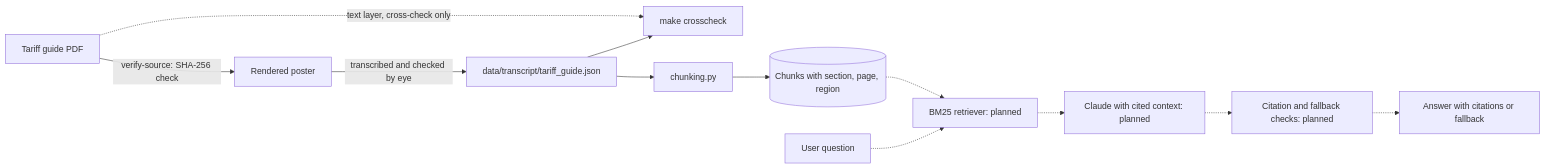
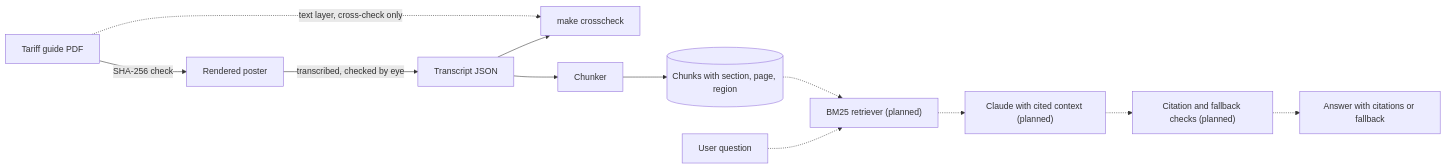
One commit to MoigeMatino/tariff-rag changed the diagram in README.md. Above: the diagram before and after it, drawn with Mermaid.

Commit message:
Fix README architecture diagram so Mermaid renders it
Quote every node and edge label; unquoted colons, slashes and dots in
labels broke the GitHub renderer.

````diff
--- a/README.md
+++ b/README.md
@@ -26,14 +26,14 @@
 ```mermaid
 flowchart LR
-    pdf[Tariff guide PDF] -->|verify-source: SHA-256 check| tiles[Rendered poster]
-    tiles -->|transcribed and checked by eye| transcript[data/transcript/tariff_guide.json]
-    pdf -.->|text layer, cross-check only| crosscheck[make crosscheck]
+    pdf["Tariff guide PDF"] -->|"SHA-256 check"| tiles["Rendered poster"]
+    tiles -->|"transcribed, checked by eye"| transcript["Transcript JSON"]
+    pdf -.->|"text layer, cross-check only"| crosscheck["make crosscheck"]
     transcript --> crosscheck
-    transcript --> chunker[chunking.py]
-    chunker --> chunks[(Chunks with section, page, region)]
-    chunks -.-> retriever[BM25 retriever: planned]
-    question[User question] -.-> retriever
-    retriever -.-> llm[Claude with cited context: planned]
-    llm -.-> checks[Citation and fallback checks: planned]
-    checks -.-> answer[Answer with citations or fallback]
+    transcript --> chunker["Chunker"]
+    chunker --> chunks[("Chunks with section, page, region")]
+    chunks -.-> retriever["BM25 retriever (planned)"]
+    question["User question"] -.-> retriever
+    retriever -.-> llm["Claude with cited context (planned)"]
+    llm -.-> checks["Citation and fallback checks (planned)"]
+    checks -.-> answer["Answer with citations or fallback"]
 ```
````
